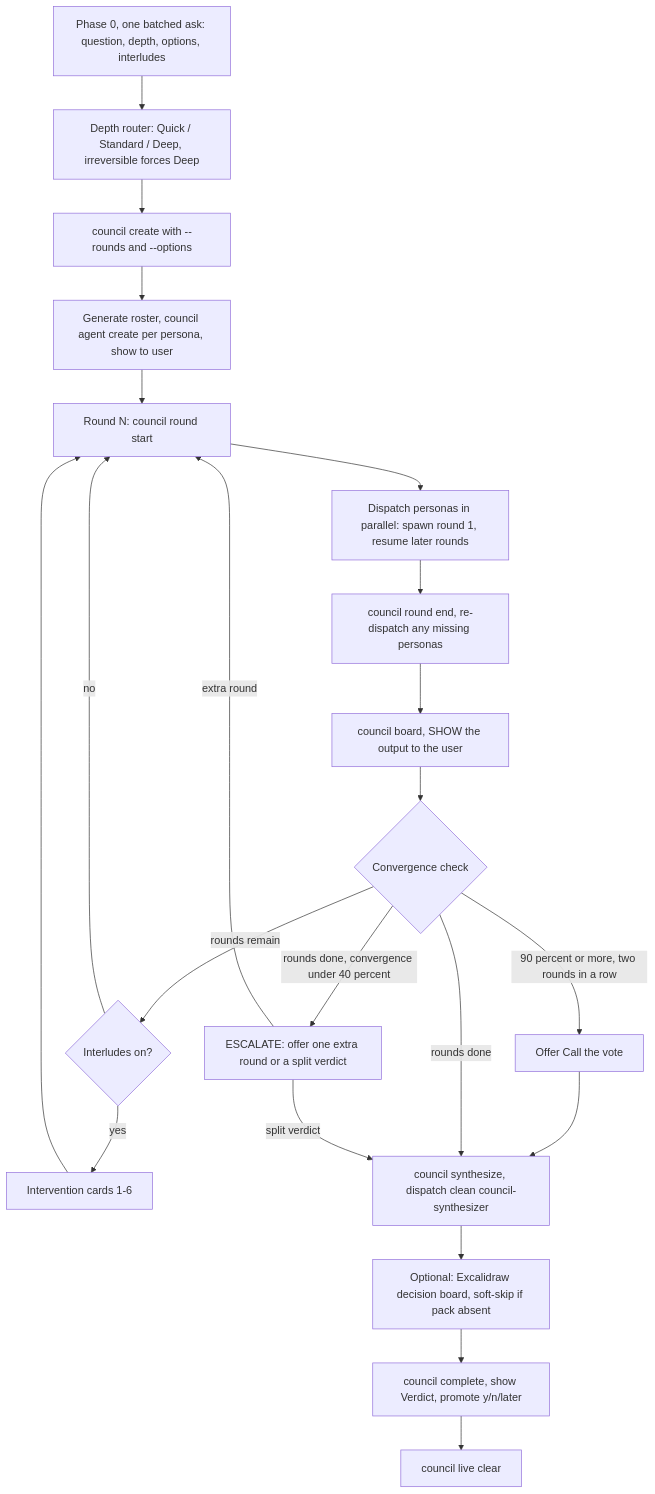
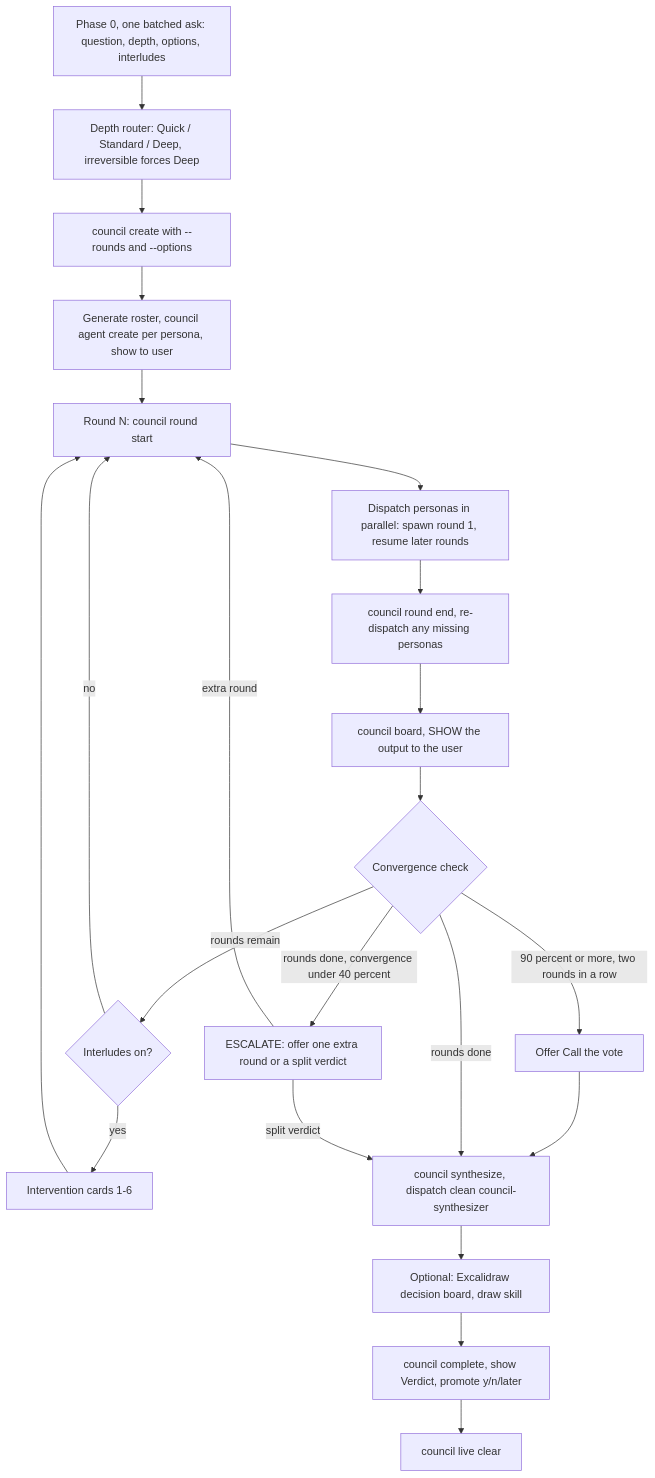
Before and after one commit to meanllbrl/dreamcontext: the diagram in skill-packs/council/SKILL.md, drawn with Mermaid. The commit also changed other lines of this file and 63 other files, not shown here.

First line of the commit message:
feat(draw): the excalidraw pack becomes the core draw skill, installed everywhere, migrated safely

````diff
--- a/skill-packs/council/SKILL.md
+++ b/skill-packs/council/SKILL.md
@@ -148,24 +148,24 @@
 ```mermaid
 flowchart TD
     P0[Phase 0, one batched ask: question, depth, options, interludes] --> DR[Depth router: Quick / Standard / Deep, irreversible forces Deep]
     DR --> C[council create with --rounds and --options]
     C --> R[Generate roster, council agent create per persona, show to user]
     R --> RS[Round N: council round start]
     RS --> D[Dispatch personas in parallel: spawn round 1, resume later rounds]
     D --> RE[council round end, re-dispatch any missing personas]
     RE --> B[council board, SHOW the output to the user]
     B --> CONV{Convergence check}
     CONV -->|90 percent or more, two rounds in a row| CV[Offer Call the vote]
     CONV -->|rounds remain| I{Interludes on?}
     I -->|yes| IC[Intervention cards 1-6]
     IC --> RS
     I -->|no| RS
     CONV -->|rounds done, convergence under 40 percent| ESC[ESCALATE: offer one extra round or a split verdict]
     CV --> S
     CONV -->|rounds done| S[council synthesize, dispatch clean council-synthesizer]
     ESC -->|extra round| RS
     ESC -->|split verdict| S
-    S --> X[Optional: Excalidraw decision board, soft-skip if pack absent]
+    S --> X[Optional: Excalidraw decision board, draw skill]
     X --> F[council complete, show Verdict, promote y/n/later]
     F --> L[council live clear]
 ```
````
